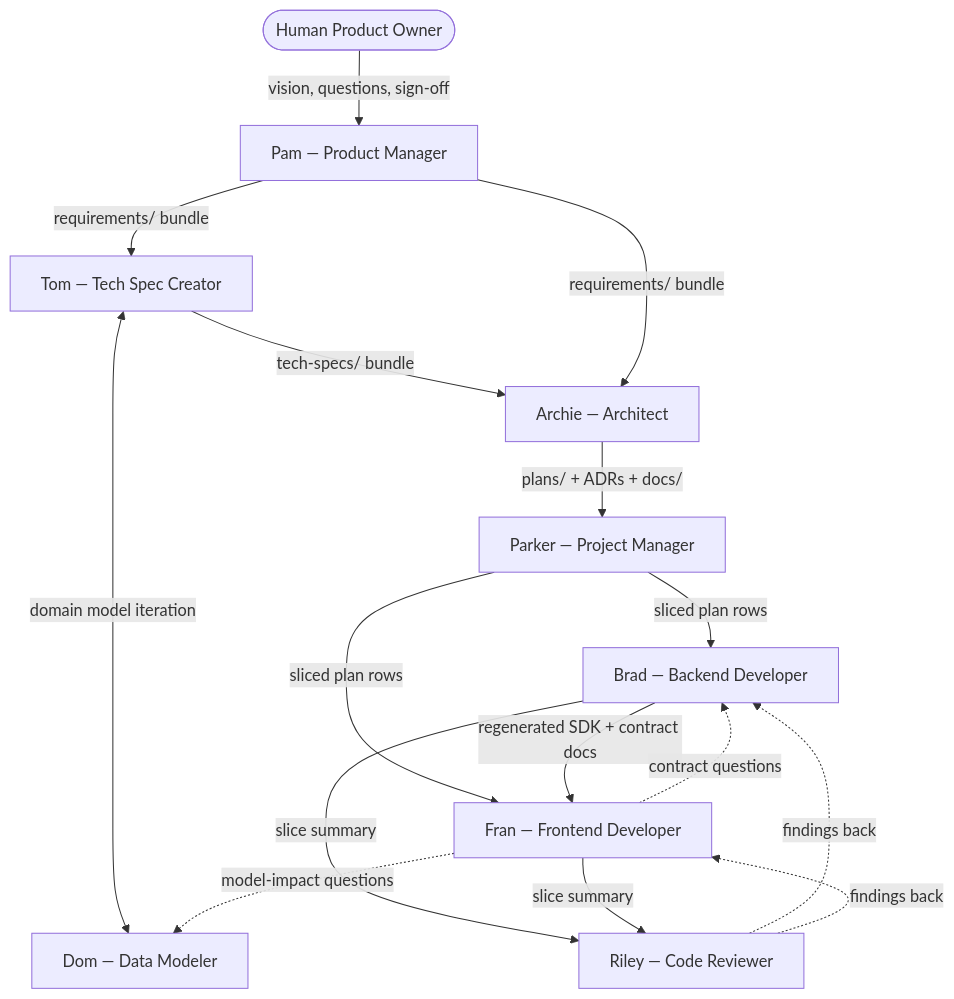
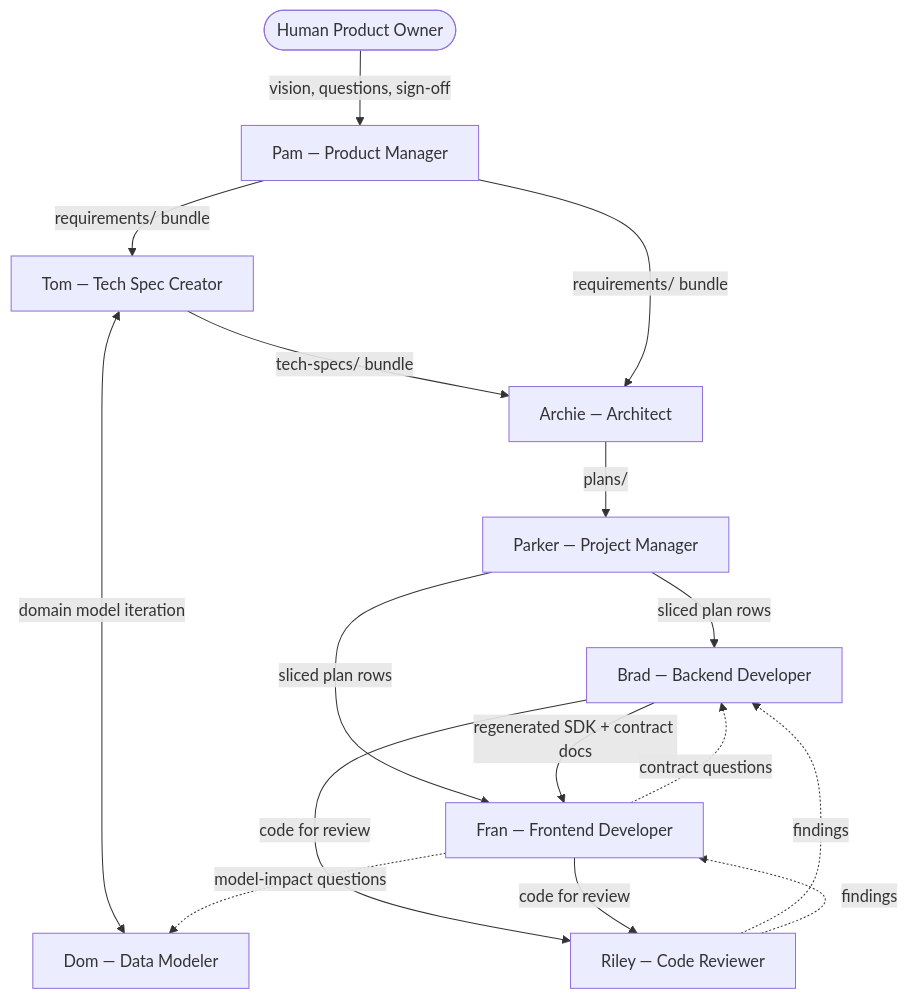
Before and after one commit to esumitra/node-project-template: the first of 2 diagrams in docs/PERSONA-FLOW.md, drawn with Mermaid. The commit also changed other lines of this file, not shown here.

First line of the commit message:
Update PERSONA-FLOW.md to reflect Plan 04 active state

````diff
--- a/docs/PERSONA-FLOW.md
+++ b/docs/PERSONA-FLOW.md
@@ -28,28 +30,28 @@
 ```mermaid
 flowchart TD
     Owner([Human Product Owner])
     Pam[Pam — Product Manager]
     Tom[Tom — Tech Spec Creator]
     Dom[Dom — Data Modeler]
     Archie[Archie — Architect]
     Parker[Parker — Project Manager]
     Brad[Brad — Backend Developer]
     Fran[Fran — Frontend Developer]
     Riley[Riley — Code Reviewer]
 
     Owner -- vision, questions, sign-off --> Pam
     Pam -- requirements/ bundle --> Tom
     Tom <-- domain model iteration --> Dom
     Tom -- tech-specs/ bundle --> Archie
     Pam -- requirements/ bundle --> Archie
-    Archie -- plans/ + ADRs + docs/ --> Parker
+    Archie -- plans/ --> Parker
     Parker -- sliced plan rows --> Brad
     Parker -- sliced plan rows --> Fran
     Brad -- regenerated SDK + contract docs --> Fran
-    Brad -- slice summary --> Riley
-    Fran -- slice summary --> Riley
-    Riley -. findings back .-> Brad
-    Riley -. findings back .-> Fran
+    Brad -- code for review --> Riley
+    Fran -- code for review --> Riley
+    Riley -. findings .-> Brad
+    Riley -. findings .-> Fran
     Fran -. contract questions .-> Brad
     Fran -. model-impact questions .-> Dom
 ```
````
